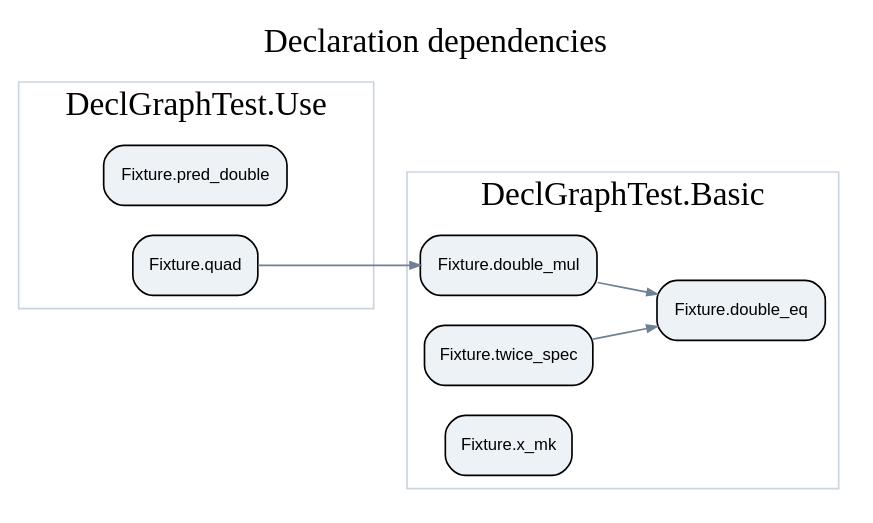
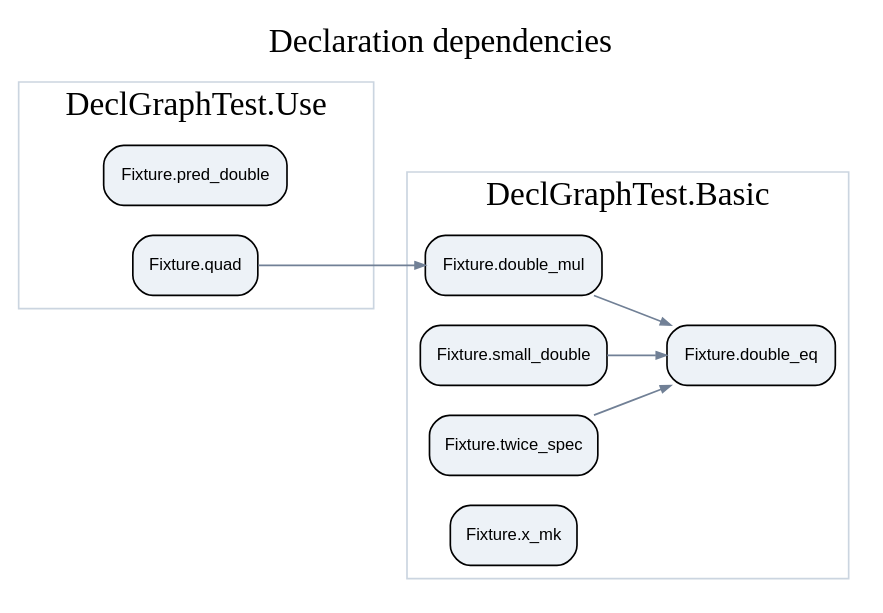
Before and after one commit to SamuelLess/declgraph: the diagram in examples/fixture.dot, drawn with Graphviz. The commit also changed 4 other files, not shown here.

```diff
--- a/examples/fixture.dot
+++ b/examples/fixture.dot
@@ -1,23 +1,25 @@
-// 6 nodes, 3 edges. Arrow: declaration → declaration it uses.
+// 7 nodes, 4 edges. Arrow: declaration → declaration it uses.
 digraph declgraph {
   graph [rankdir=LR, label="Declaration dependencies", labelloc=t, fontsize=20];
   node [shape=box, style="rounded,filled", fillcolor="#edf2f7", fontname="sans-serif", fontsize=10];
   edge [color="#718096", arrowsize=0.6];
   subgraph cluster_0 {
     label="DeclGraphTest.Basic";
     color="#cbd5e0";
-    "Fixture.double_mul" [label="Fixture.double_mul", tooltip="DeclGraphTest/Basic.lean:12"];
-    "Fixture.twice_spec" [label="Fixture.twice_spec", tooltip="DeclGraphTest/Basic.lean:18"];
-    "Fixture.x_mk" [label="Fixture.x_mk", tooltip="DeclGraphTest/Basic.lean:20"];
+    "Fixture.double_mul" [label="Fixture.double_mul", tooltip="DeclGraphTest/Basic.lean:13"];
+    "Fixture.small_double" [label="Fixture.small_double", tooltip="DeclGraphTest/Basic.lean:27"];
+    "Fixture.twice_spec" [label="Fixture.twice_spec", tooltip="DeclGraphTest/Basic.lean:19"];
+    "Fixture.x_mk" [label="Fixture.x_mk", tooltip="DeclGraphTest/Basic.lean:21"];
     "_private.DeclGraphTest.Basic.0.Fixture.double_eq" [label="Fixture.double_eq", tooltip="DeclGraphTest/Basic.lean:9"];
   }
   subgraph cluster_1 {
     label="DeclGraphTest.Use";
     color="#cbd5e0";
     "Fixture.pred_double" [label="Fixture.pred_double", tooltip="DeclGraphTest/Use.lean:13"];
     "Fixture.quad" [label="Fixture.quad", tooltip="DeclGraphTest/Use.lean:5"];
   }
   "Fixture.double_mul" -> "_private.DeclGraphTest.Basic.0.Fixture.double_eq";
   "Fixture.quad" -> "Fixture.double_mul";
+  "Fixture.small_double" -> "_private.DeclGraphTest.Basic.0.Fixture.double_eq";
   "Fixture.twice_spec" -> "_private.DeclGraphTest.Basic.0.Fixture.double_eq";
 }
```
